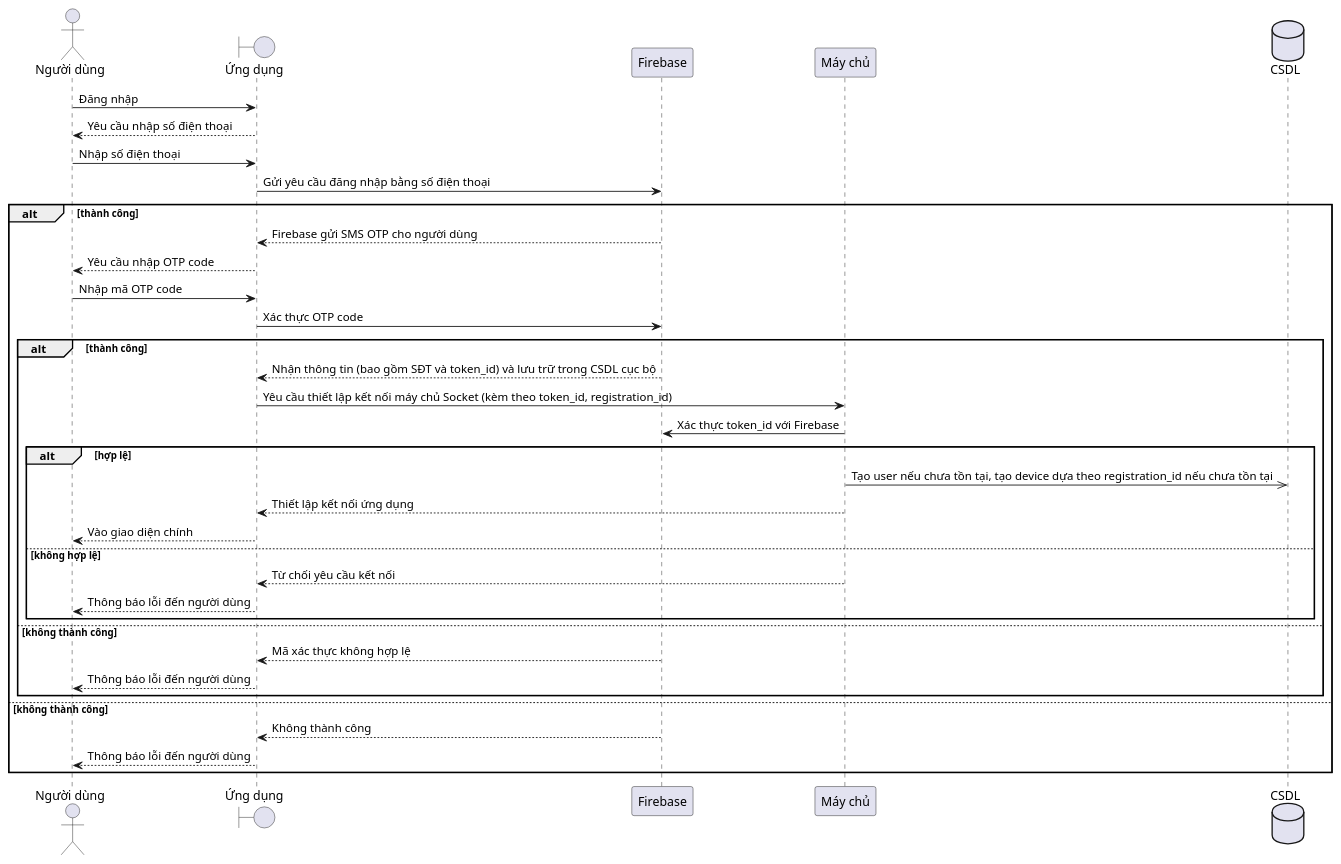
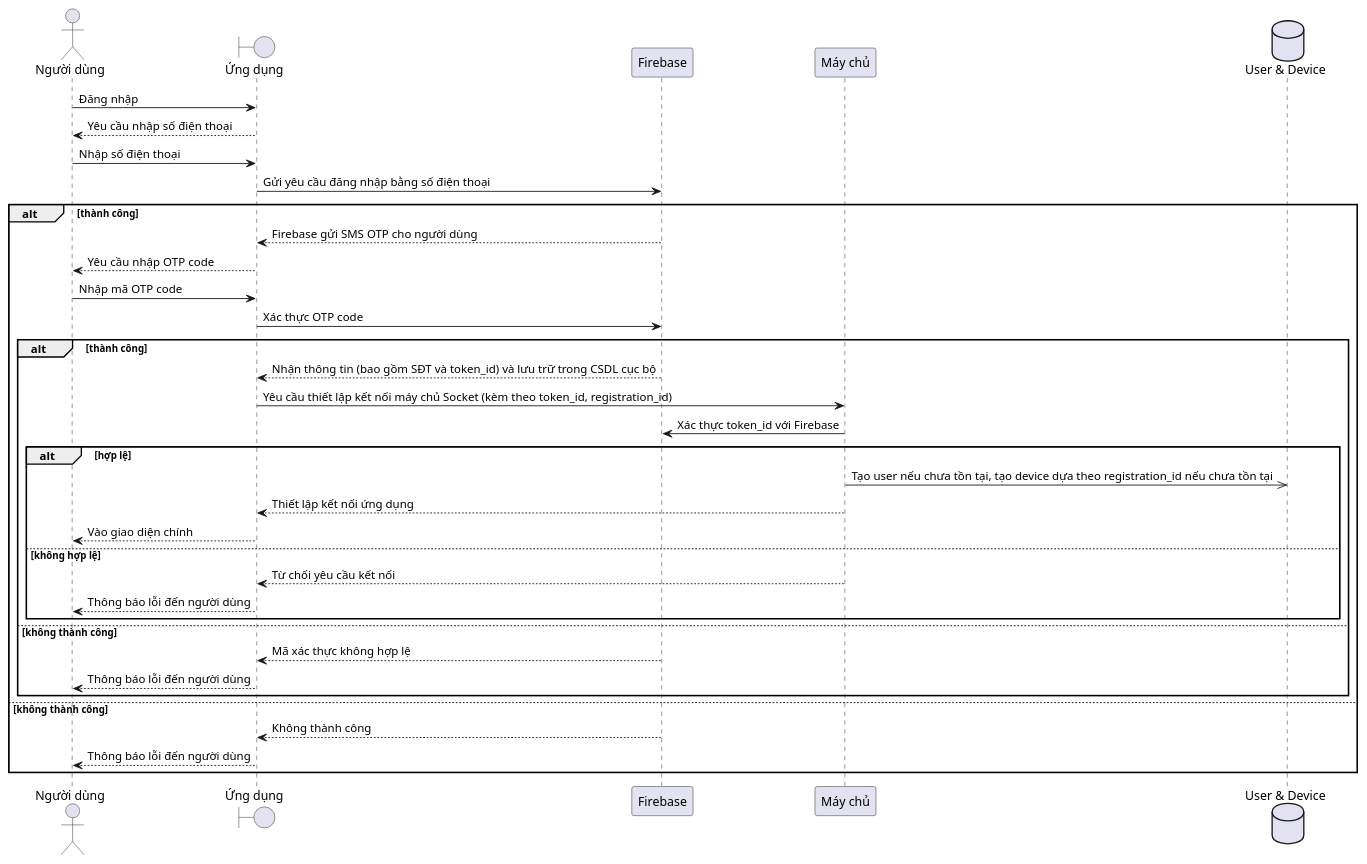
Before and after one commit to shhh-cat/Blackat_UML: the diagram in Sequence Diagram/Login.pu, drawn with PlantUML. The commit also changed 3 other files, not shown here.

```diff
--- a/Sequence Diagram/Login.pu
+++ b/Sequence Diagram/Login.pu
@@ -1,40 +1,40 @@
 @startuml
 
 actor "Người dùng" as user
 boundary "Ứng dụng" as app
 participant Firebase as firebase
 participant "Máy chủ" as server
-database "CSDL" as db
+database "User & Device" as db
 
 user -> app: Đăng nhập
 user <-- app: Yêu cầu nhập số điện thoại
 user -> app: Nhập số điện thoại
 app -> firebase: Gửi yêu cầu đăng nhập bằng số điện thoại
 alt thành công
     app <-- firebase: Firebase gửi SMS OTP cho người dùng
     user <-- app: Yêu cầu nhập OTP code
     user -> app: Nhập mã OTP code
     app -> firebase: Xác thực OTP code
     alt thành công
         app <-- firebase: Nhận thông tin (bao gồm SĐT và token_id) và lưu trữ trong CSDL cục bộ
         app -> server: Yêu cầu thiết lập kết nối máy chủ Socket (kèm theo token_id, registration_id)
         server -> firebase: Xác thực token_id với Firebase
         alt hợp lệ
             server ->> db: Tạo user nếu chưa tồn tại, tạo device dựa theo registration_id nếu chưa tồn tại
             app <-- server: Thiết lập kết nối ứng dụng
             user <-- app: Vào giao diện chính
         else không hợp lệ
             app <-- server: Từ chối yêu cầu kết nối
             user <-- app: Thông báo lỗi đến người dùng
         end
     else không thành công
         app <-- firebase: Mã xác thực không hợp lệ
         user <-- app: Thông báo lỗi đến người dùng
     end
 else không thành công
     app <-- firebase: Không thành công
     user <-- app: Thông báo lỗi đến người dùng
 end
 
 
 @enduml
```
